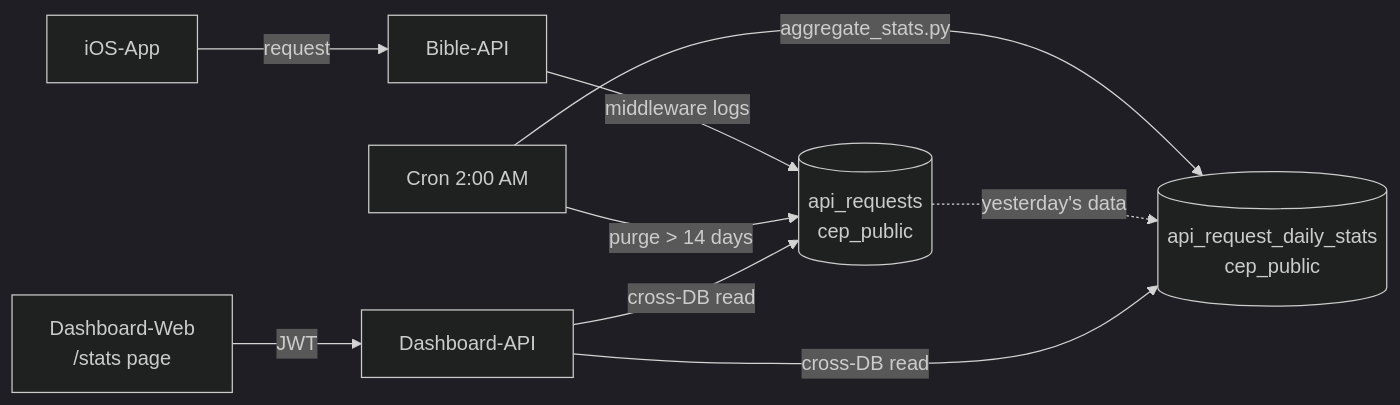
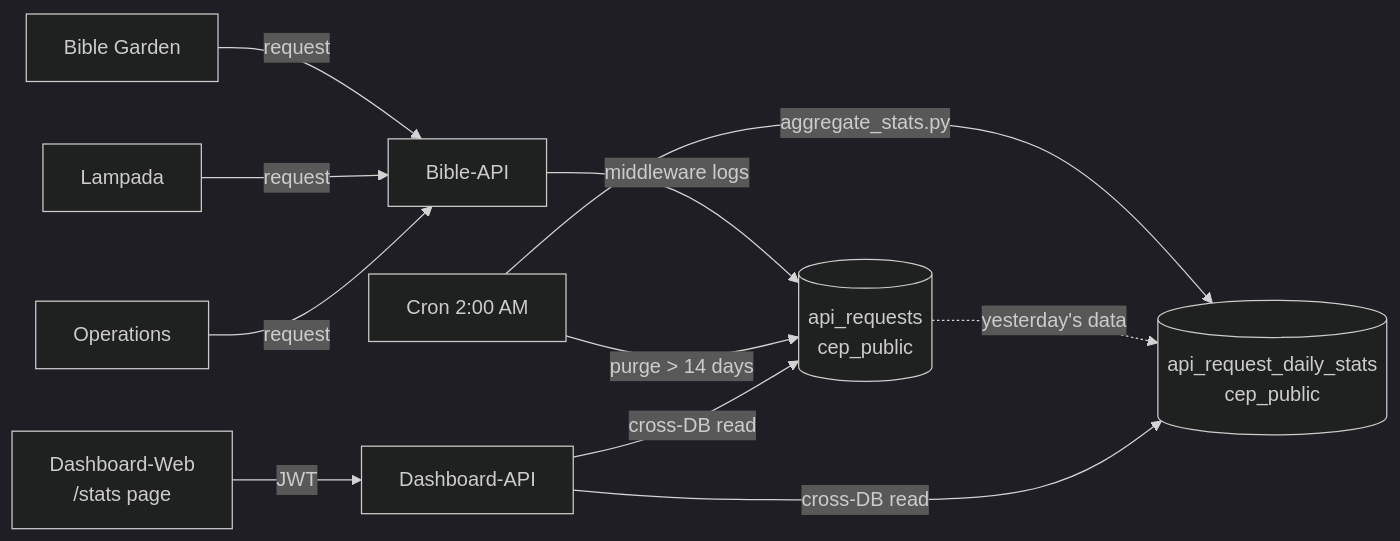
One commit to BibleGarden/Architecture changed the fifth of 5 diagrams in architecture.md. Above: the diagram before and after it, drawn with Mermaid (dark theme). The commit also changed other lines of this file and 2 other files, not shown here.

````diff
--- a/architecture.md
+++ b/architecture.md
@@ -392,11 +392,13 @@
 ```mermaid
 flowchart LR
-    IOS[iOS-App] -->|request| PUB[Bible-API]
+    IOS[Bible Garden] -->|request| PUB[Bible-API]
+    LAMP[Lampada] -->|request| PUB
+    OPS[Operations] -->|request| PUB
     PUB -->|middleware logs| RAW[(api_requests<br/>cep_public)]
     CRON[Cron 2:00 AM] -->|aggregate_stats.py| AGG[(api_request_daily_stats<br/>cep_public)]
     RAW -.->|yesterday's data| AGG
     CRON -->|purge > 14 days| RAW
     ADM[Dashboard-API] -->|cross-DB read| RAW
     ADM -->|cross-DB read| AGG
     DASH[Dashboard-Web<br/>/stats page] -->|JWT| ADM
 ```
````
